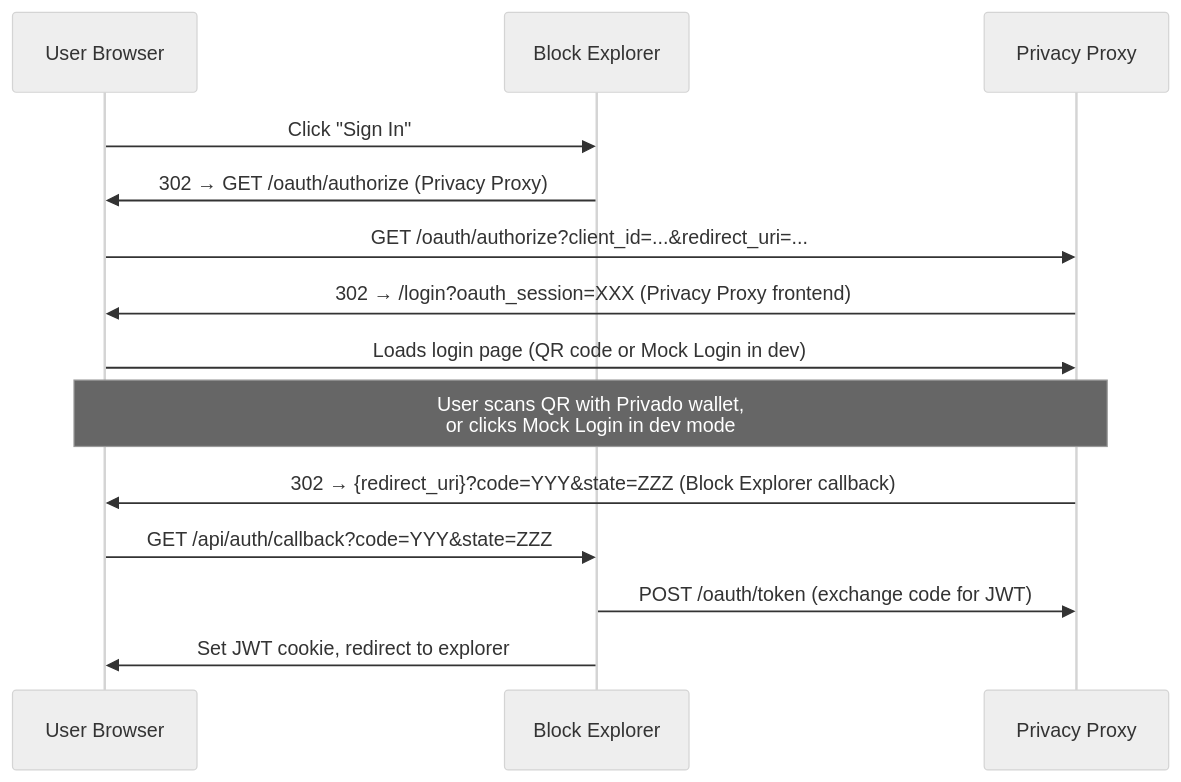
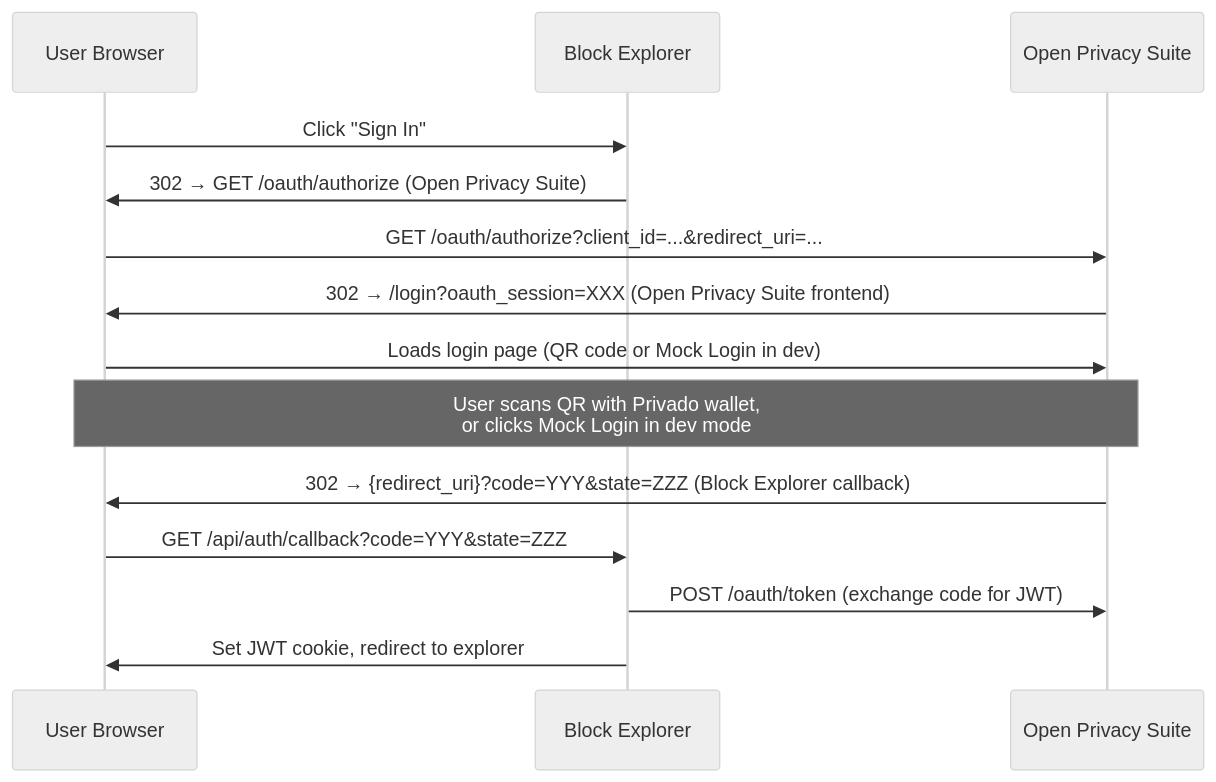
The second of 2 diagrams in site/src/app/docs/explorer/page.mdx (alainncls/open-privacy-suite), drawn with Mermaid (neutral theme) before and after one commit. The commit also changed other lines of this file and 25 other files, not shown here.

First line of the commit message:
chore: rename Privacy Proxy to Open Privacy Suite (RD-803)

````diff
--- a/site/src/app/docs/explorer/page.mdx
+++ b/site/src/app/docs/explorer/page.mdx
@@ -92,17 +92,17 @@
 ```mermaid
 sequenceDiagram
     participant U as User Browser
     participant BE as Block Explorer
-    participant PP as Privacy Proxy
+    participant PP as Open Privacy Suite
 
     U->>BE: Click "Sign In"
-    BE->>U: 302 → GET /oauth/authorize (Privacy Proxy)
+    BE->>U: 302 → GET /oauth/authorize (Open Privacy Suite)
     U->>PP: GET /oauth/authorize?client_id=...&redirect_uri=...
-    PP->>U: 302 → /login?oauth_session=XXX (Privacy Proxy frontend)
+    PP->>U: 302 → /login?oauth_session=XXX (Open Privacy Suite frontend)
     U->>PP: Loads login page (QR code or Mock Login in dev)
     Note over U,PP: User scans QR with Privado wallet,<br/>or clicks Mock Login in dev mode
     PP->>U: 302 → {redirect_uri}?code=YYY&state=ZZZ (Block Explorer callback)
     U->>BE: GET /api/auth/callback?code=YYY&state=ZZZ
     BE->>PP: POST /oauth/token (exchange code for JWT)
     BE->>U: Set JWT cookie, redirect to explorer
 ```
````
